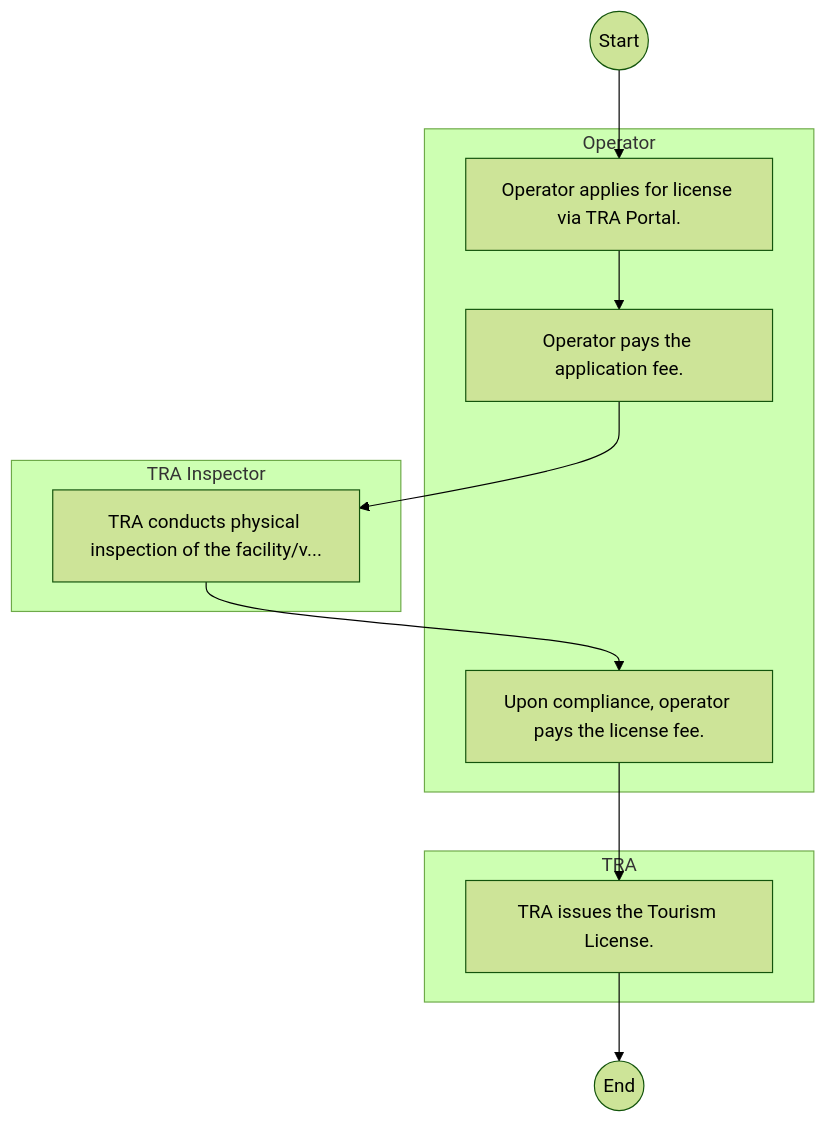
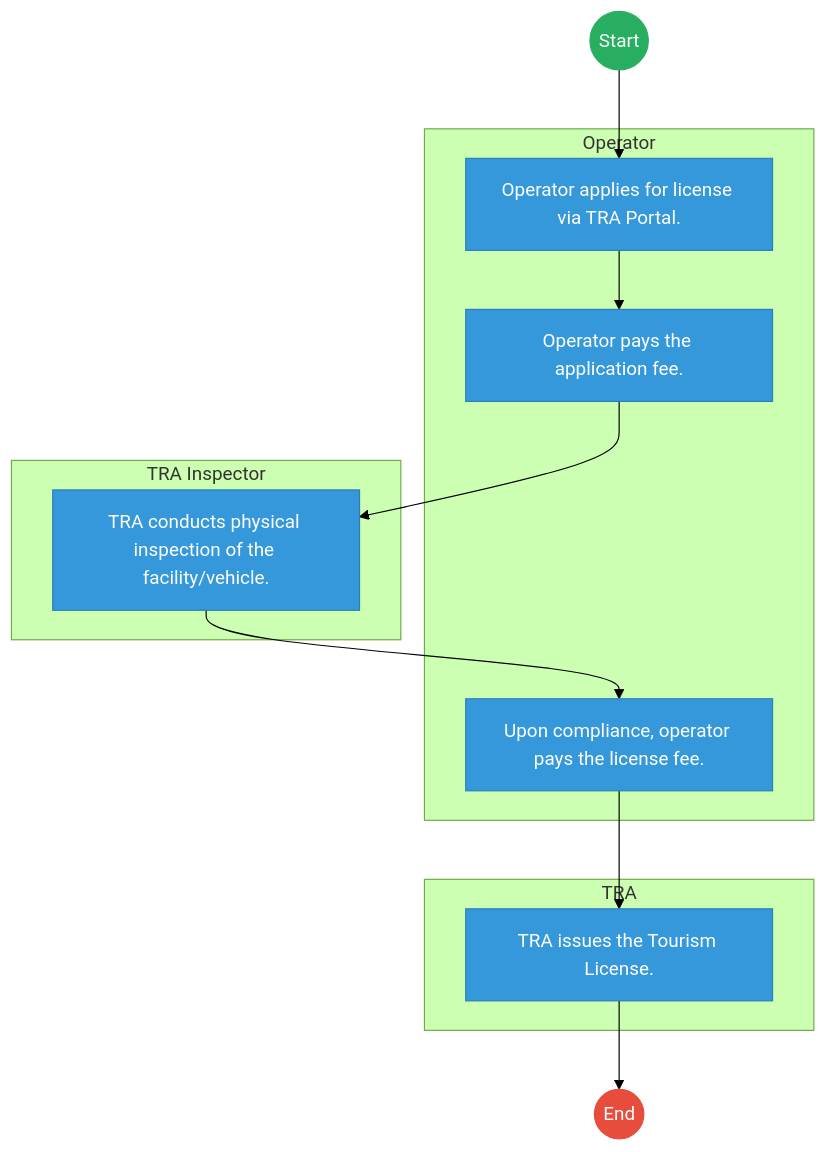
One commit to BITZ-IT-Consulting-LTD/ictapoc changed the first of 2 diagrams in mdas/docs_final/Tourism_Regulatory_Authority___Service_Delivery.md. Above: the diagram before and after it, drawn with Mermaid (forest theme). The commit also changed other lines of this file and 461 other files, not shown here.

````diff
--- a/mdas/docs_final/Tourism_Regulatory_Authority___Service_Delivery.md
+++ b/mdas/docs_final/Tourism_Regulatory_Authority___Service_Delivery.md
@@ -20,20 +20,32 @@
 ```mermaid
 graph TD
     Start((Start)) --> S1
+
     subgraph Operator [Operator]
         S1["Operator applies for license via TRA Portal."]
         S2["Operator pays the application fee."]
         S4["Upon compliance, operator pays the license fee."]
     end
-    subgraph TRAInspector [TRA Inspector]
-        S3["TRA conducts physical inspection of the facility/v..."]
+
+    subgraph TRA_Inspector [TRA Inspector]
+        S3["TRA conducts physical inspection of the facility/vehicle."]
     end
+
     subgraph TRA [TRA]
         S5["TRA issues the Tourism License."]
     end
     S1 --> S2
     S2 --> S3
     S3 --> S4
     S4 --> S5
     S5 --> End((End))
+
+    classDef start fill:#27ae60,stroke:#27ae60,color:#fff;
+    classDef endNode fill:#e74c3c,stroke:#e74c3c,color:#fff;
+    classDef userTask fill:#3498db,stroke:#2980b9,color:#fff;
+    classDef serviceTask fill:#9b59b6,stroke:#8e44ad,color:#fff;
+
+    class Start start;
+    class End endNode;
+    class S1,S2,S3,S4,S5 userTask;
 ```
````
